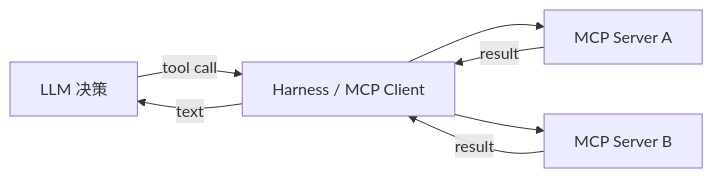
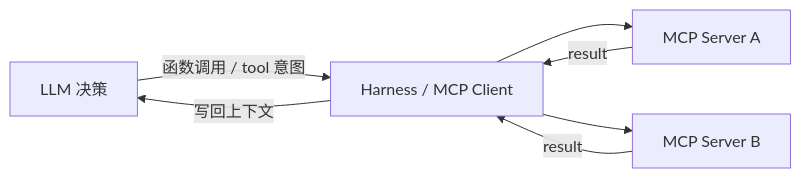
The diagram in docs/agent/tool/tool-mcp.md (wolf-wolf/ai-tell-ai), drawn with Mermaid before and after one commit. The commit also changed other lines of this file and 66 other files, not shown here.

First line of the commit message:
Expand wiki corpus, coverage graph, and Obsidian doc tooling.

````diff
--- a/docs/agent/tool/tool-mcp.md
+++ b/docs/agent/tool/tool-mcp.md
@@ -30,13 +55,13 @@
 ```mermaid
 flowchart LR
-  LLM[LLM 决策]
-  H[Harness / MCP Client]
-  S1[MCP Server A]
-  S2[MCP Server B]
-  LLM -->|tool call| H
+  LLM["LLM 决策"]
+  H["Harness / MCP Client"]
+  S1["MCP Server A"]
+  S2["MCP Server B"]
+  LLM -->|"函数调用 / tool 意图"| H
   H --> S1
   H --> S2
   S1 -->|result| H
   S2 -->|result| H
-  H -->|text| LLM
+  H -->|写回上下文| LLM
 ```
````
